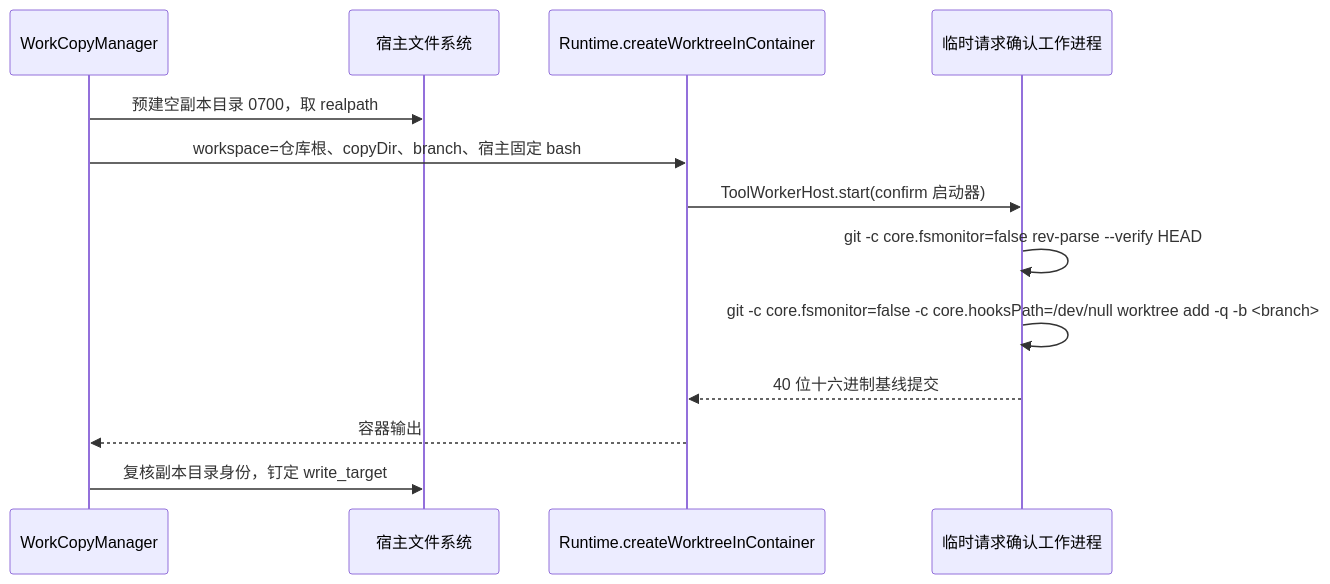
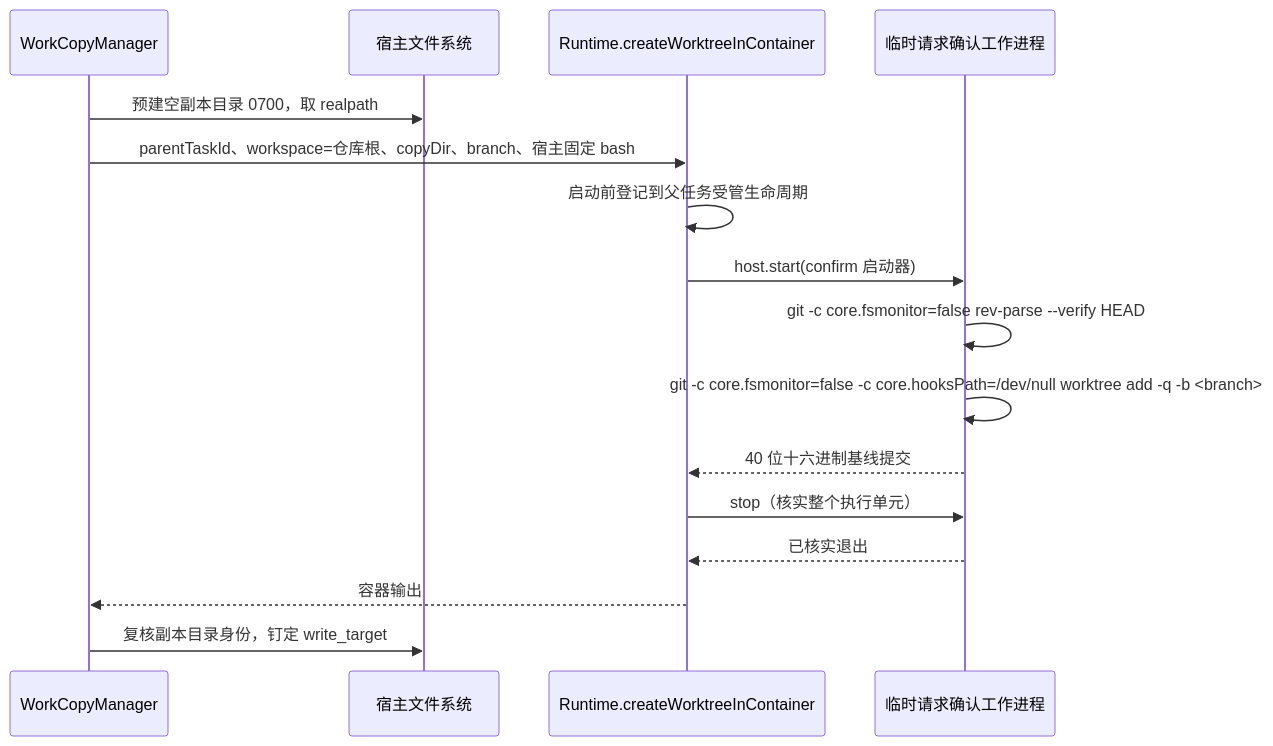
Before and after one commit to num-lab/Ruukoto: the third of 3 diagrams in docs/modules/execution.md, drawn with Mermaid. The commit also changed other lines of this file and 32 other files, not shown here.

````diff
--- a/docs/modules/execution.md
+++ b/docs/modules/execution.md
@@ -119,15 +121,18 @@
 ```mermaid
 sequenceDiagram
   participant WM as WorkCopyManager
   participant FS as 宿主文件系统
   participant RT as Runtime.createWorktreeInContainer
   participant W as 临时请求确认工作进程
   WM->>FS: 预建空副本目录 0700，取 realpath
-  WM->>RT: workspace=仓库根、copyDir、branch、宿主固定 bash
-  RT->>W: ToolWorkerHost.start(confirm 启动器)
+  WM->>RT: parentTaskId、workspace=仓库根、copyDir、branch、宿主固定 bash
+  RT->>RT: 启动前登记到父任务受管生命周期
+  RT->>W: host.start(confirm 启动器)
   W->>W: git -c core.fsmonitor=false rev-parse --verify HEAD
   W->>W: git -c core.fsmonitor=false -c core.hooksPath=/dev/null worktree add -q -b <branch>
   W-->>RT: 40 位十六进制基线提交
+  RT->>W: stop（核实整个执行单元）
+  W-->>RT: 已核实退出
   RT-->>WM: 容器输出
   WM->>FS: 复核副本目录身份，钉定 write_target
 ```
````
